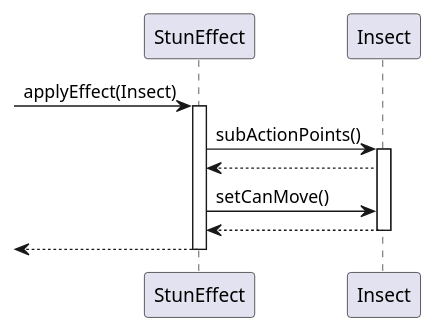
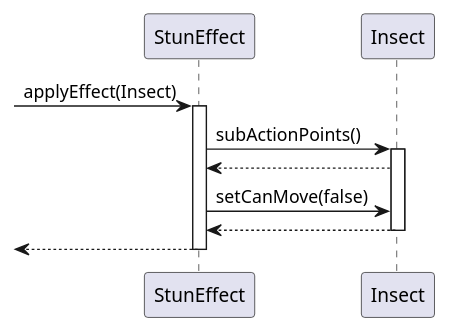
The diagram in diagrams/sequence/effects/stuneffect.plantuml (dzsem/projlab), drawn with PlantUML before and after one commit. The commit also changed 17 other files, not shown here.

Commit message:
Patch diagrams round 1

```diff
--- a/diagrams/sequence/effects/stuneffect.plantuml
+++ b/diagrams/sequence/effects/stuneffect.plantuml
@@ -1,28 +1,28 @@
 @startuml StunEffect
 
 participant "StunEffect" as effect
 
 participant "Insect" as insect
 
 
 
 
 -> effect : applyEffect(Insect)
 activate effect
 
 effect->insect:subActionPoints()
 activate insect
 
 effect<--insect
 
-effect->insect:setCanMove()
+effect->insect:setCanMove(false)
 effect<--insect
 deactivate insect
 
 <--effect
 deactivate effect
 
 
 
 
 @enduml
```
